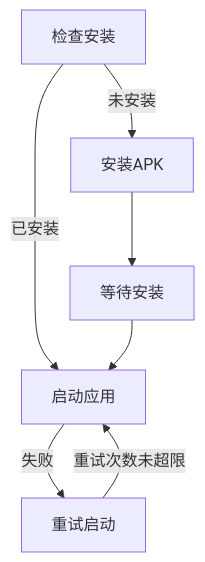
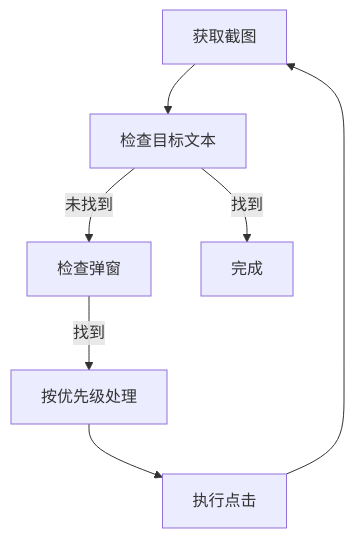
Before and after one commit to DamonLong3912/RPABot: the third of 3 diagrams in docs/design/architecture.md, drawn with Mermaid. The commit also changed other lines of this file and 12 other files, not shown here.

Commit message:
add launch flow

````diff
--- a/docs/design/architecture.md
+++ b/docs/design/architecture.md
@@ -50,9 +67,9 @@
 ```mermaid
 graph TD
-    A[检查安装] -->|未安装| B[安装APK]
-    A -->|已安装| D[启动应用]
-    B --> C[等待安装]
-    C --> D
-    D -->|失败| E[重试启动]
-    E -->|重试次数未超限| D
+    A[获取截图] --> B[检查目标文本]
+    B -->|未找到| C[检查弹窗]
+    C -->|找到| D[按优先级处理]
+    D --> E[执行点击]
+    E --> A
+    B -->|找到| F[完成]
 ```
````
